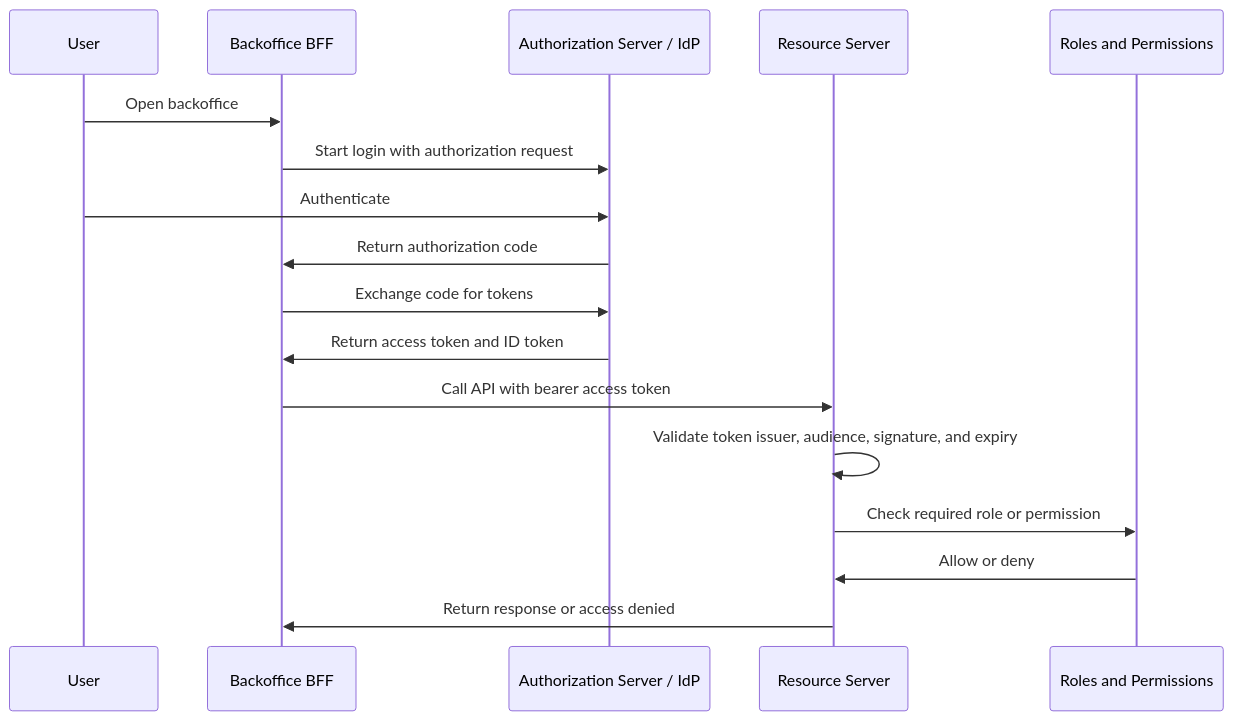
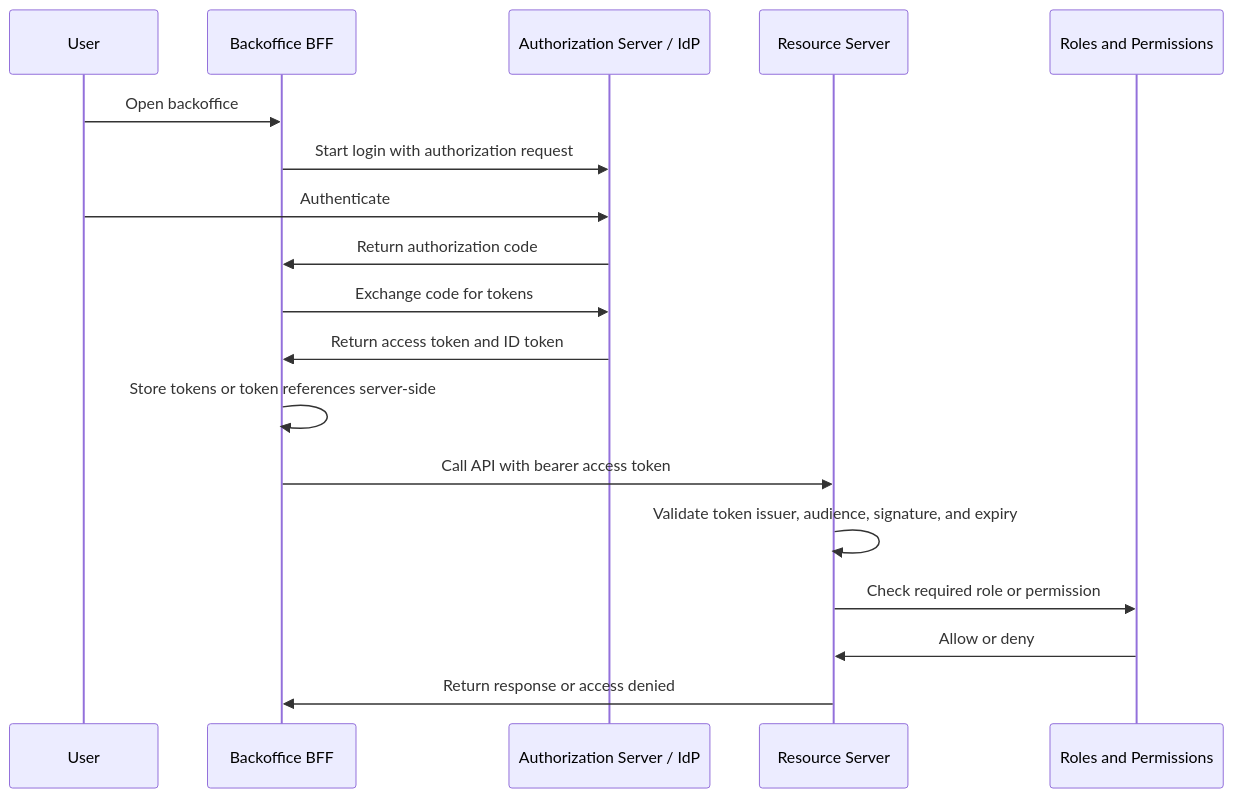
The second of 2 diagrams in docs/wiki/README.md (panaC/edrlab-backoffice-auth-study), drawn with Mermaid before and after one commit. The commit also changed other lines of this file and 4 other files, not shown here.

````diff
--- a/docs/wiki/README.md
+++ b/docs/wiki/README.md
@@ -95,20 +127,21 @@
 ```mermaid
 sequenceDiagram
     participant User
     participant Client as Backoffice BFF
     participant AS as Authorization Server / IdP
     participant API as Resource Server
     participant Authz as Roles and Permissions
 
     User->>Client: Open backoffice
     Client->>AS: Start login with authorization request
     User->>AS: Authenticate
     AS->>Client: Return authorization code
     Client->>AS: Exchange code for tokens
     AS->>Client: Return access token and ID token
+    Client->>Client: Store tokens or token references server-side
     Client->>API: Call API with bearer access token
     API->>API: Validate token issuer, audience, signature, and expiry
     API->>Authz: Check required role or permission
     Authz->>API: Allow or deny
     API->>Client: Return response or access denied
 ```
````
